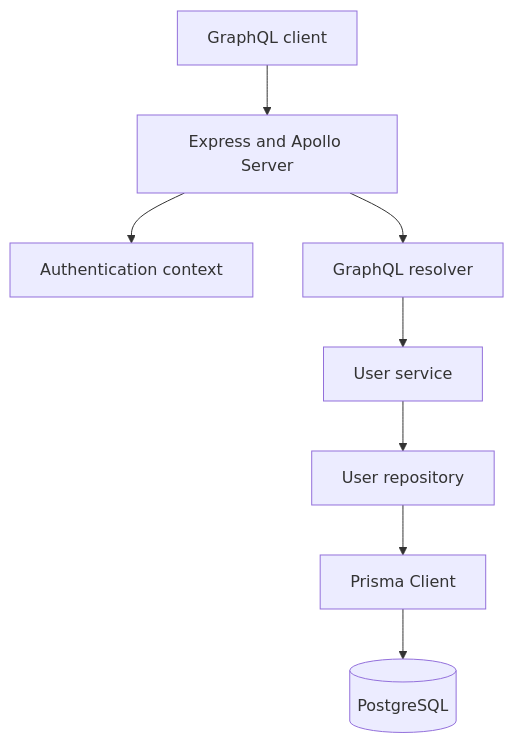
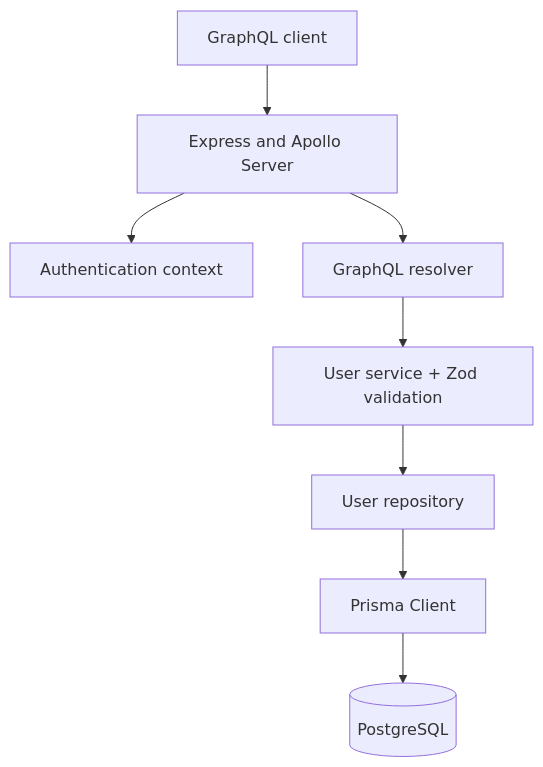
Before and after one commit to ankitdevak/orderflow: the diagram in README.md, drawn with Mermaid. The commit also changed other lines of this file and 8 other files, not shown here.

Commit message:
feat(user-service): add user and users queries with filtering, sorting, cursor pagination, and updated docs

````diff
--- a/README.md
+++ b/README.md
@@ -23,10 +32,10 @@
 ```mermaid
 flowchart TD
     Client[GraphQL client] --> API[Express and Apollo Server]
     API --> Context[Authentication context]
     API --> Resolver[GraphQL resolver]
-    Resolver --> Service[User service]
+    Resolver --> Service[User service + Zod validation]
     Service --> Repository[User repository]
     Repository --> Prisma[Prisma Client]
     Prisma --> DB[(PostgreSQL)]
 ```
````
